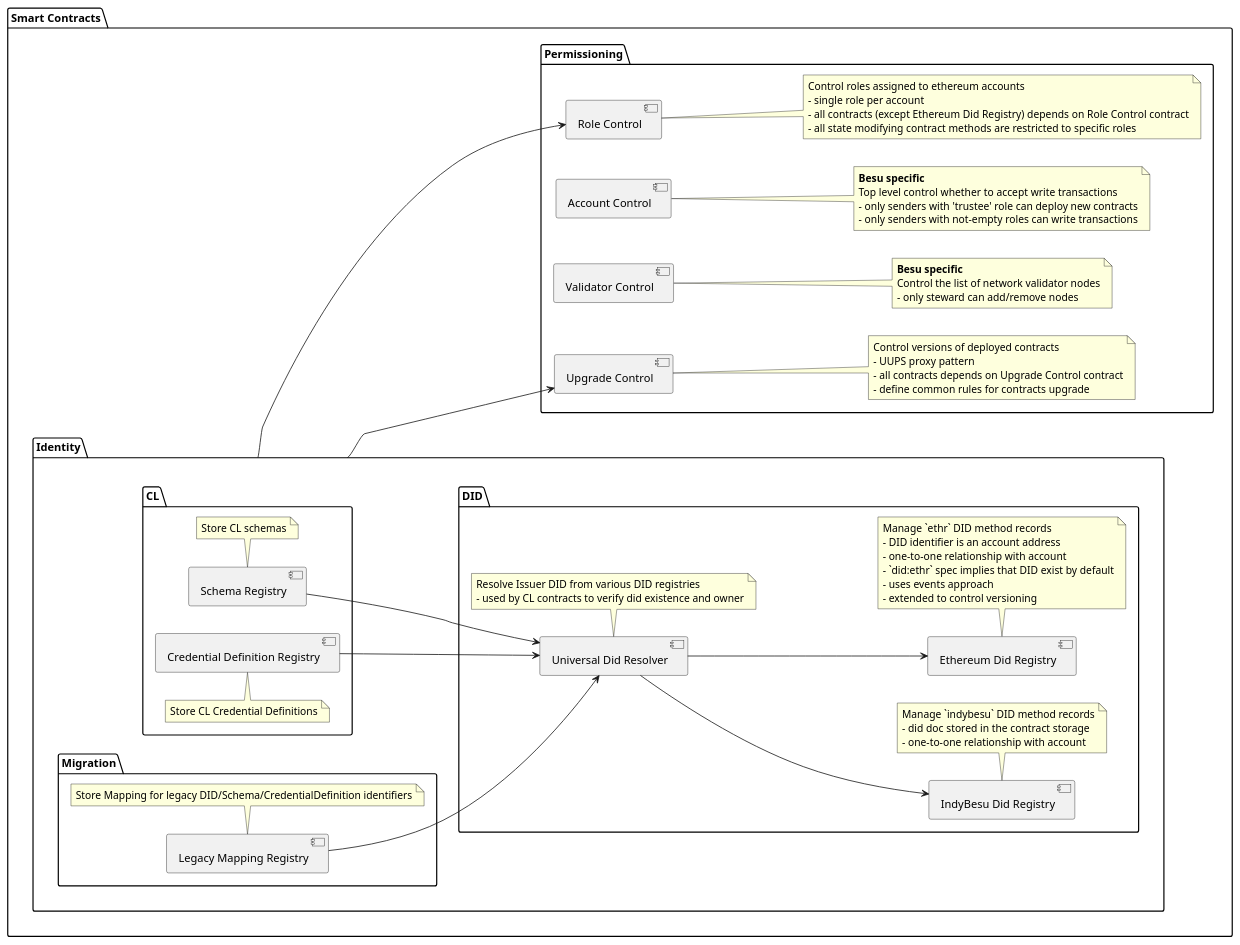
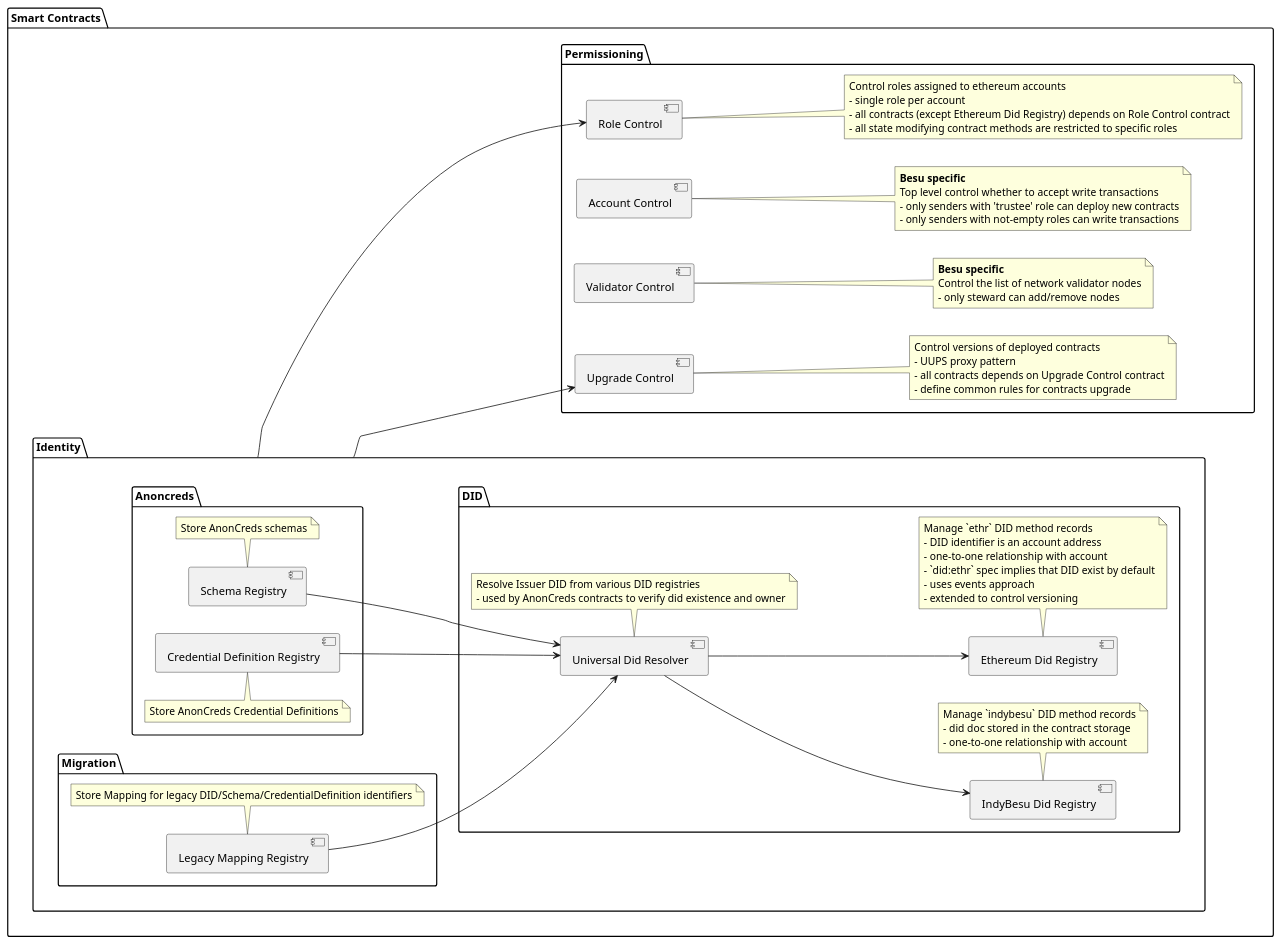
The diagram in docs/design/contracts.puml (hyperledger/indy-besu), drawn with PlantUML before and after one commit. The commit also changed 40 other files, not shown here.

Commit message:
Rename cl group of contracts to anoncreds (#27)

```diff
--- a/docs/design/contracts.puml
+++ b/docs/design/contracts.puml
@@ -1,99 +1,99 @@
 @startuml
 
 left to right direction
 
 package "Smart Contracts" {
 
     package "Permissioning" {
 
         component [Role Control]
         note right of [Role Control]
           Control roles assigned to ethereum accounts
           - single role per account
           - all contracts (except Ethereum Did Registry) depends on Role Control contract
           - all state modifying contract methods are restricted to specific roles
         end note
 
         component [Account Control]
         note right of [Account Control]
           **Besu specific**
           Top level control whether to accept write transactions
           - only senders with 'trustee' role can deploy new contracts
           - only senders with not-empty roles can write transactions
         end note
 
         component [Validator Control]
         note right of [Validator Control]
           **Besu specific**
           Control the list of network validator nodes
           - only steward can add/remove nodes
         end note
 
         component [Upgrade Control]
         note right of [Upgrade Control]
           Control versions of deployed contracts
           - UUPS proxy pattern
           - all contracts depends on Upgrade Control contract
           - define common rules for contracts upgrade
         end note
     }
 
     package "Identity" {
 
        package "DID" {
 
             component [IndyBesu Did Registry]
             note bottom of [IndyBesu Did Registry]
               Manage `indybesu` DID method records
               - did doc stored in the contract storage
               - one-to-one relationship with account
             end note
 
             component [Ethereum Did Registry]
             note bottom of [Ethereum Did Registry]
               Manage `ethr` DID method records
               - DID identifier is an account address
               - one-to-one relationship with account
               - `did:ethr` spec implies that DID exist by default
               - uses events approach
               - extended to control versioning
             end note
 
             component [Universal Did Resolver]
             note bottom of [Universal Did Resolver]
               Resolve Issuer DID from various DID registries
-              - used by CL contracts to verify did existence and owner
+              - used by AnonCreds contracts to verify did existence and owner
             end note
         }
 
-        package "CL" {
+        package "Anoncreds" {
 
             component [Schema Registry]
             note bottom of [Schema Registry]
-              Store CL schemas
+              Store AnonCreds schemas
             end note
 
             component [Credential Definition Registry]
             note top of [Credential Definition Registry]
-              Store CL Credential Definitions
+              Store AnonCreds Credential Definitions
             end note
         }
 
         package "Migration" {
             component [Legacy Mapping Registry]
             note bottom of [Legacy Mapping Registry]
               Store Mapping for legacy DID/Schema/CredentialDefinition identifiers
             end note
         }
     }
 
     [Identity] --> [Role Control]
     [Identity] --> [Upgrade Control]
     [Universal Did Resolver] --> [IndyBesu Did Registry]
     [Universal Did Resolver] --> [Ethereum Did Registry]
     [Schema Registry] --> [Universal Did Resolver]
     [Credential Definition Registry] --> [Universal Did Resolver]
     [Legacy Mapping Registry] --> [Universal Did Resolver]
 }
 
 @enduml
```
